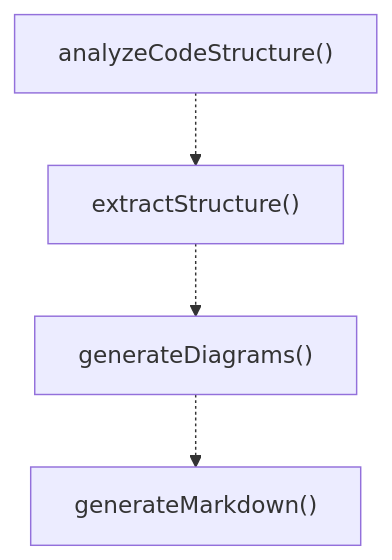
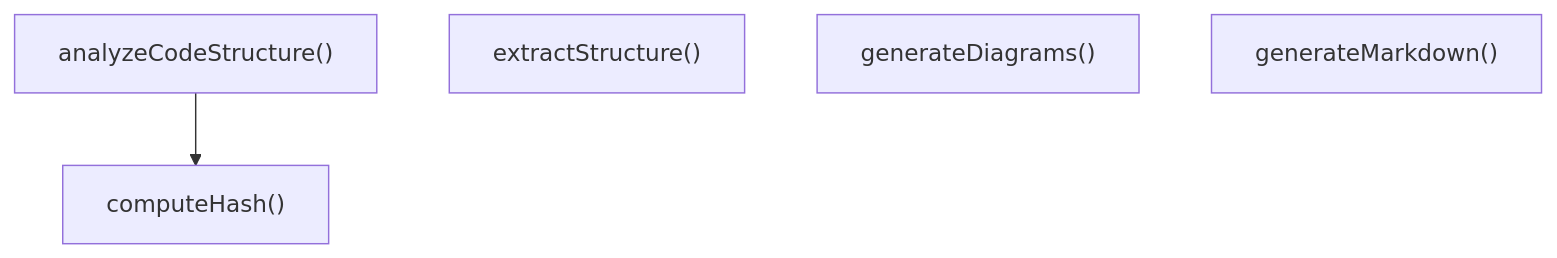
One commit to Mekann2904/mekann changed the third of 4 diagrams in ABDD/.pi/extensions/code-structure-analyzer/extension.md. Above: the diagram before and after it, drawn with Mermaid. The commit also changed other lines of this file and 277 other files, not shown here.

````diff
--- a/ABDD/.pi/extensions/code-structure-analyzer/extension.md
+++ b/ABDD/.pi/extensions/code-structure-analyzer/extension.md
@@ -82,10 +82,9 @@
 ```mermaid
 flowchart TD
   analyzeCodeStructure["analyzeCodeStructure()"]
+  computeHash["computeHash()"]
   extractStructure["extractStructure()"]
   generateDiagrams["generateDiagrams()"]
   generateMarkdown["generateMarkdown()"]
-  analyzeCodeStructure -.-> extractStructure
-  extractStructure -.-> generateDiagrams
-  generateDiagrams -.-> generateMarkdown
+  analyzeCodeStructure --> computeHash
 ```
````
